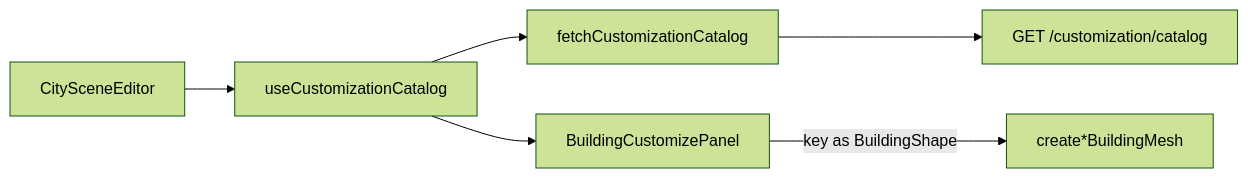
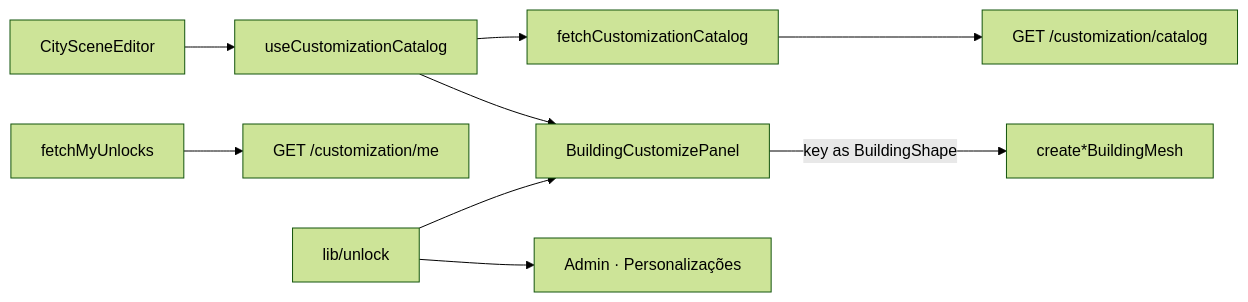
The diagram in doc/api/customization-api.md (RaeII/cidoa), drawn with Mermaid (forest theme) before and after one commit. The commit also changed other lines of this file and 11 other files, not shown here.

````diff
--- a/doc/api/customization-api.md
+++ b/doc/api/customization-api.md
@@ -44,8 +76,11 @@
 ```mermaid
 flowchart LR
   Editor[CitySceneEditor] --> Hook[useCustomizationCatalog]
   Hook --> API[fetchCustomizationCatalog]
   API --> BE[GET /customization/catalog]
   Hook --> Panel[BuildingCustomizePanel]
   Panel --> |key as BuildingShape| Builders[create*BuildingMesh]
+  Me[fetchMyUnlocks] --> BEME[GET /customization/me]
+  Fmt[lib/unlock] --> Panel
+  Fmt --> Admin[Admin · Personalizações]
 ```
````
